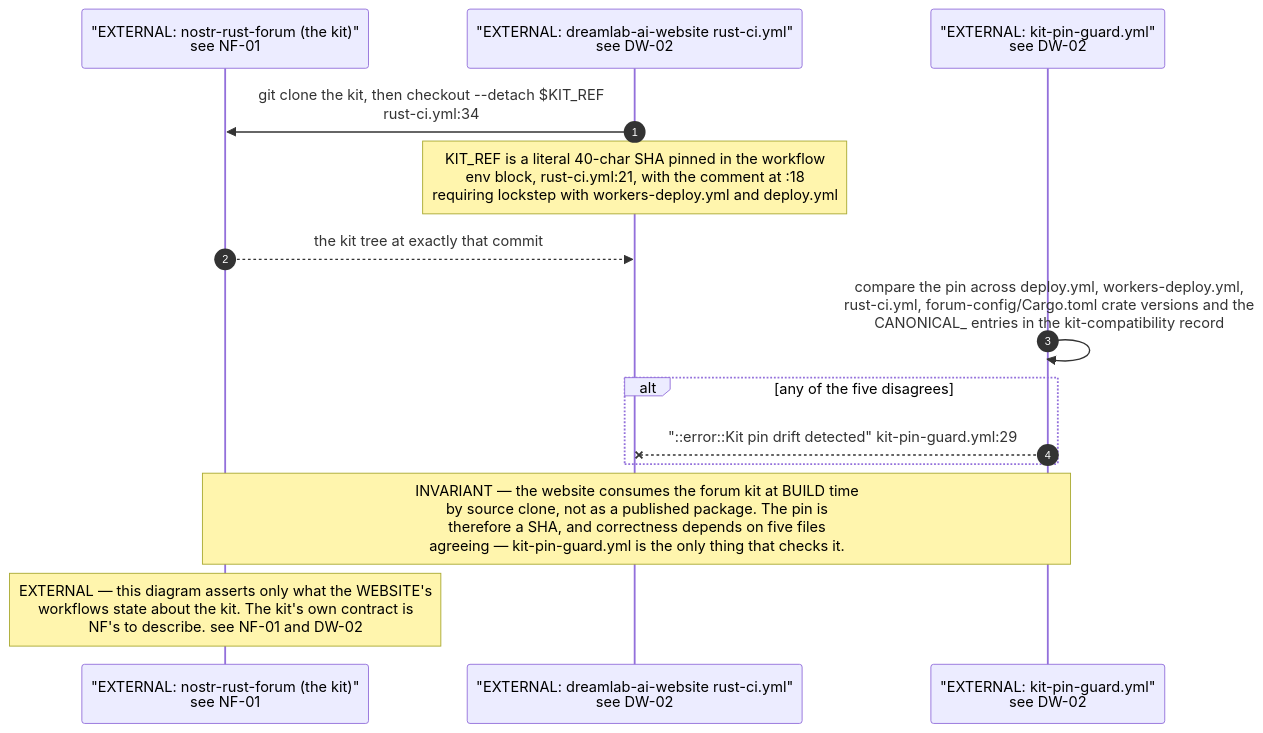
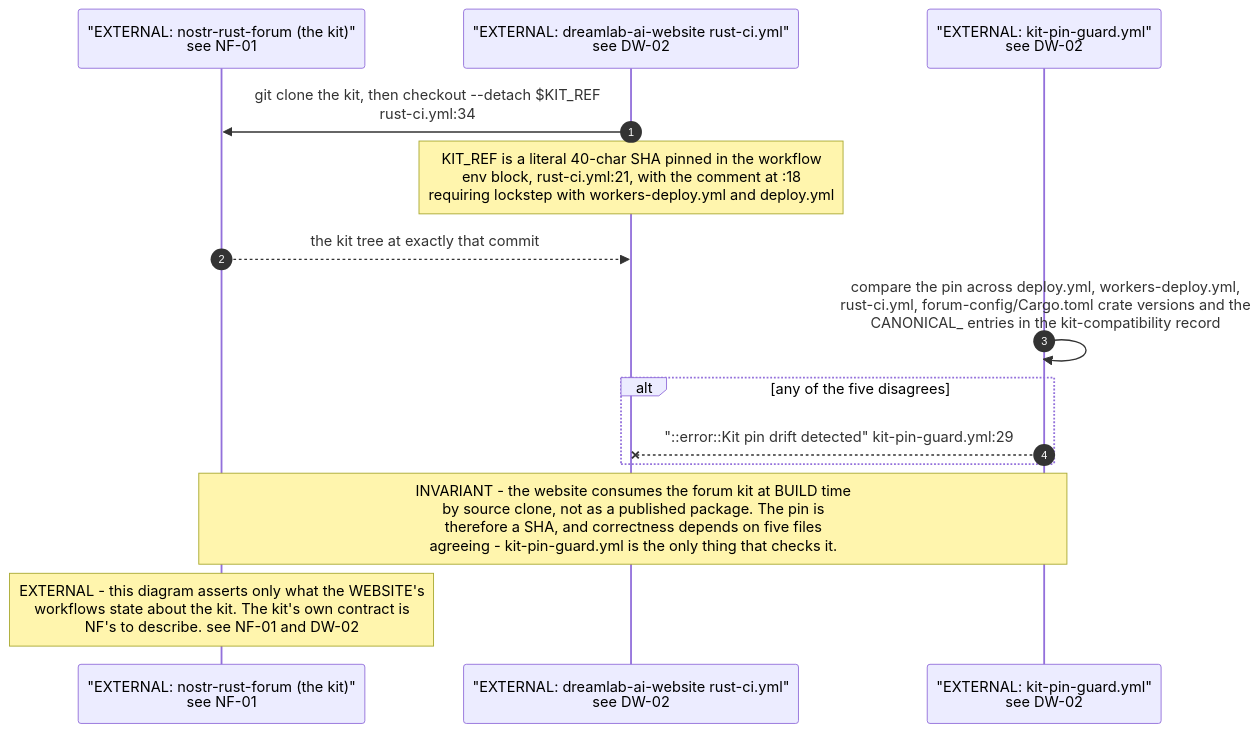
One commit to DreamLab-AI/VisionFlow changed the fourth of 5 diagrams in docs/diagrams/estate/11-publishing-axis.md. Above: the diagram before and after it, drawn with Mermaid. The commit also changed other lines of this file and 136 other files, not shown here.

First line of the commit message:
docs(diagrams): refresh the whole corpus to code HEAD and prune low-value diagrams

````diff
--- a/docs/diagrams/estate/11-publishing-axis.md
+++ b/docs/diagrams/estate/11-publishing-axis.md
@@ -109,17 +114,17 @@
 ```mermaid
 sequenceDiagram
     autonumber
     participant NF as "EXTERNAL: nostr-rust-forum (the kit)"<br/>see NF-01
     participant CI as "EXTERNAL: dreamlab-ai-website rust-ci.yml"<br/>see DW-02
     participant GUARD as "EXTERNAL: kit-pin-guard.yml"<br/>see DW-02
 
     CI->>NF: git clone the kit, then checkout --detach $KIT_REF<br/>rust-ci.yml:34
     Note over CI: KIT_REF is a literal 40-char SHA pinned in the workflow<br/>env block, rust-ci.yml:21, with the comment at :18<br/>requiring lockstep with workers-deploy.yml and deploy.yml
     NF-->>CI: the kit tree at exactly that commit
     GUARD->>GUARD: compare the pin across deploy.yml, workers-deploy.yml,<br/>rust-ci.yml, forum-config/Cargo.toml crate versions and the<br/>CANONICAL_ entries in the kit-compatibility record
     alt any of the five disagrees
         GUARD--xCI: "::error::Kit pin drift detected" kit-pin-guard.yml:29
     end
-    Note over NF,GUARD: INVARIANT — the website consumes the forum kit at BUILD time<br/>by source clone, not as a published package. The pin is<br/>therefore a SHA, and correctness depends on five files<br/>agreeing — kit-pin-guard.yml is the only thing that checks it.
-    Note over NF: EXTERNAL — this diagram asserts only what the WEBSITE's<br/>workflows state about the kit. The kit's own contract is<br/>NF's to describe. see NF-01 and DW-02
+    Note over NF,GUARD: INVARIANT - the website consumes the forum kit at BUILD time<br/>by source clone, not as a published package. The pin is<br/>therefore a SHA, and correctness depends on five files<br/>agreeing - kit-pin-guard.yml is the only thing that checks it.
+    Note over NF: EXTERNAL - this diagram asserts only what the WEBSITE's<br/>workflows state about the kit. The kit's own contract is<br/>NF's to describe. see NF-01 and DW-02
 ```
````
